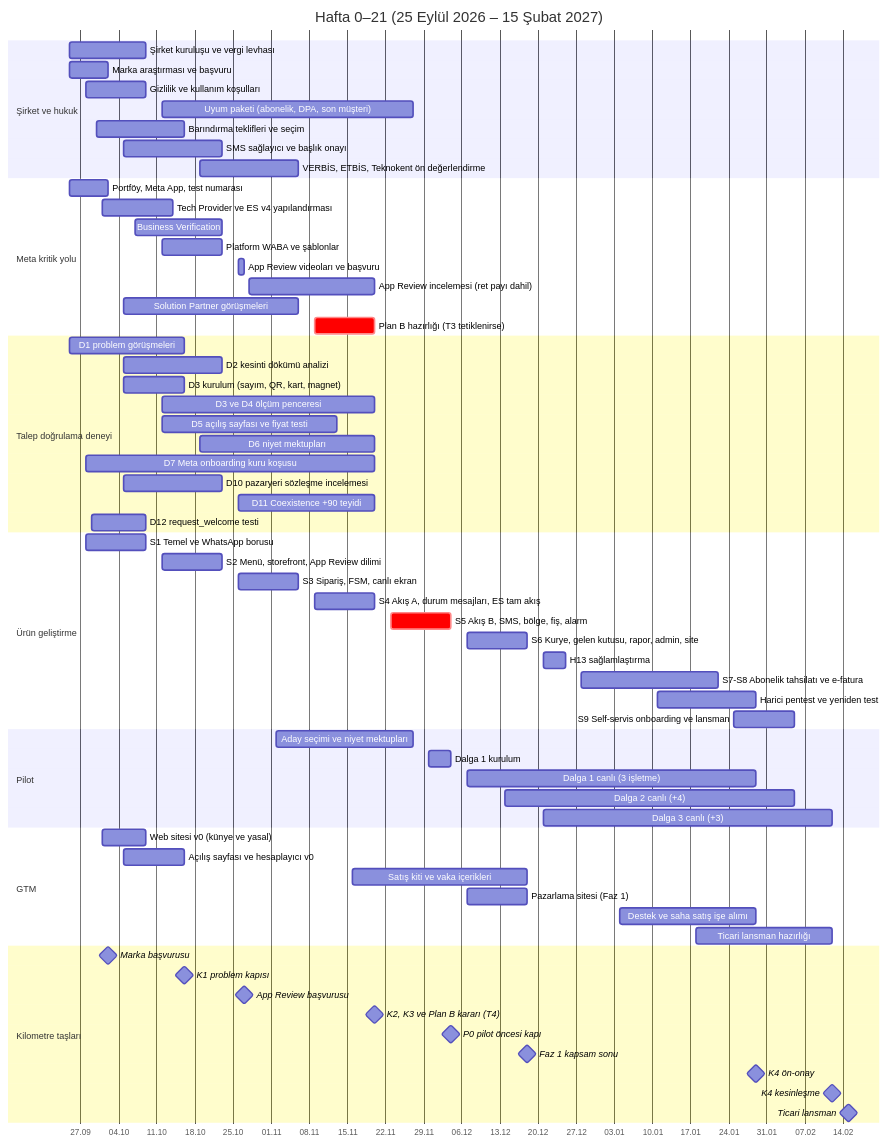
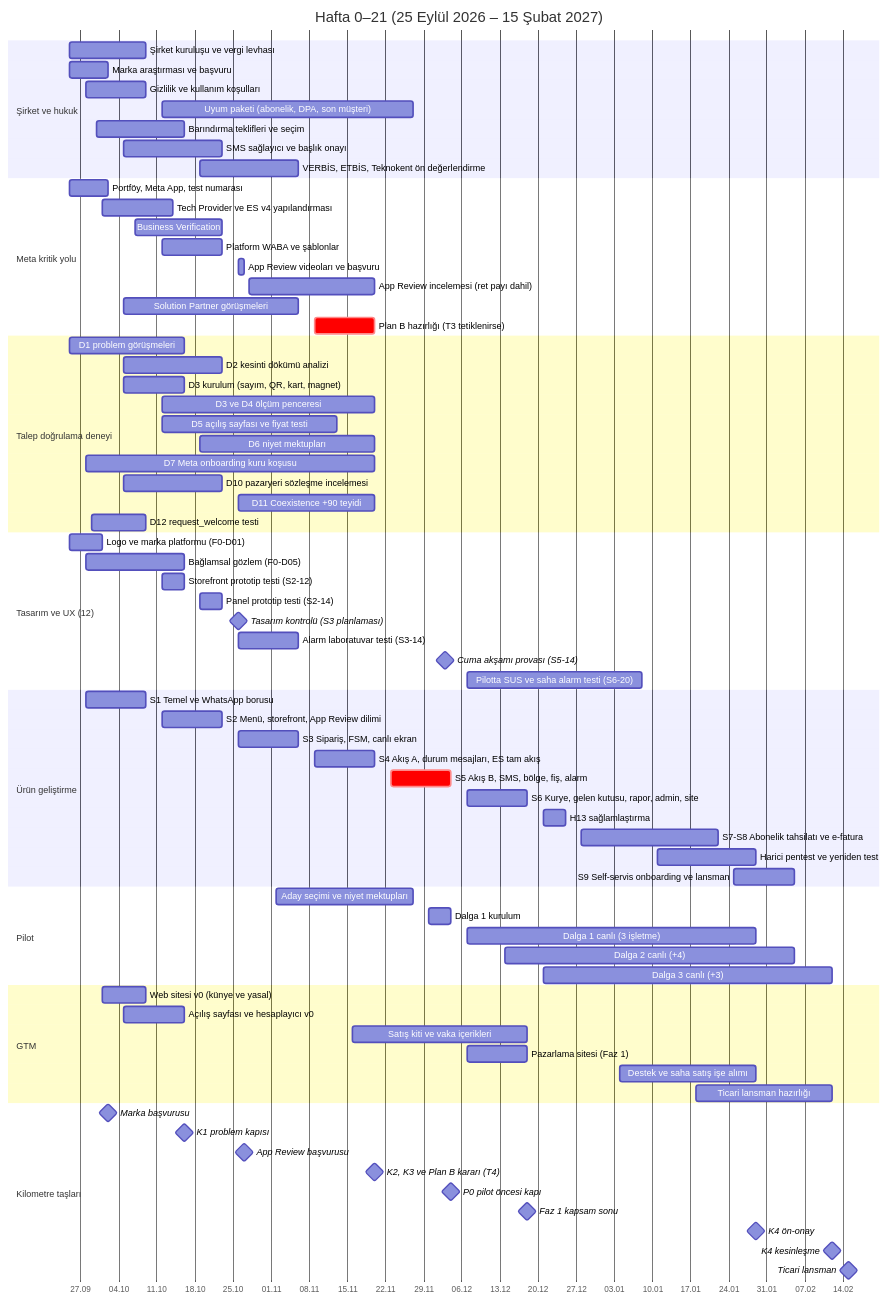
Before and after one commit to eraycaylak/siparisinonunde: the first of 3 diagrams in docs/09-yol-haritasi-ve-sprint-plani.md, drawn with Mermaid. The commit also changed other lines of this file and 9 other files, not shown here.

````diff
--- a/docs/09-yol-haritasi-ve-sprint-plani.md
+++ b/docs/09-yol-haritasi-ve-sprint-plani.md
@@ -62,68 +63,77 @@
 ```mermaid
 gantt
     title Hafta 0–21 (25 Eylül 2026 – 15 Şubat 2027)
     dateFormat YYYY-MM-DD
     axisFormat %d.%m
     section Şirket ve hukuk
     Şirket kuruluşu ve vergi levhası          :hk1, 2026-09-25, 2026-10-09
     Marka araştırması ve başvuru               :hk2, 2026-09-25, 2026-10-02
     Gizlilik ve kullanım koşulları             :hk3, 2026-09-28, 2026-10-09
     Uyum paketi (abonelik, DPA, son müşteri)   :hk5, 2026-10-12, 2026-11-27
     Barındırma teklifleri ve seçim             :hk6, 2026-09-30, 2026-10-16
     SMS sağlayıcı ve başlık onayı              :hk7, 2026-10-05, 2026-10-23
     VERBİS, ETBİS, Teknokent ön değerlendirme  :hk8, 2026-10-19, 2026-11-06
     section Meta kritik yolu
     Portföy, Meta App, test numarası           :m1, 2026-09-25, 2026-10-02
     Tech Provider ve ES v4 yapılandırması      :m2, 2026-10-01, 2026-10-14
     Business Verification                      :m3, 2026-10-07, 2026-10-23
     Platform WABA ve şablonlar                 :m4, 2026-10-12, 2026-10-23
     App Review videoları ve başvuru            :m5, 2026-10-26, 2026-10-27
     App Review incelemesi (ret payı dahil)     :m6, 2026-10-28, 2026-11-20
     Solution Partner görüşmeleri               :m7, 2026-10-05, 2026-11-06
     Plan B hazırlığı (T3 tetiklenirse)         :crit, m8, 2026-11-09, 2026-11-20
     section Talep doğrulama deneyi
     D1 problem görüşmeleri                     :d1, 2026-09-25, 2026-10-16
     D2 kesinti dökümü analizi                  :d2, 2026-10-05, 2026-10-23
     D3 kurulum (sayım, QR, kart, magnet)       :d3a, 2026-10-05, 2026-10-16
     D3 ve D4 ölçüm penceresi                   :d3b, 2026-10-12, 2026-11-20
     D5 açılış sayfası ve fiyat testi           :d5, 2026-10-12, 2026-11-13
     D6 niyet mektupları                        :d6, 2026-10-19, 2026-11-20
     D7 Meta onboarding kuru koşusu             :d7, 2026-09-28, 2026-11-20
     D10 pazaryeri sözleşme incelemesi          :d10, 2026-10-05, 2026-10-23
     D11 Coexistence +90 teyidi                 :d11, 2026-10-26, 2026-11-20
     D12 request_welcome testi                  :d12, 2026-09-29, 2026-10-09
+    section Tasarım ve UX (12)
+    Logo ve marka platformu (F0-D01)           :u1, 2026-09-25, 2026-10-01
+    Bağlamsal gözlem (F0-D05)                  :u2, 2026-09-28, 2026-10-16
+    Storefront prototip testi (S2-12)          :u3, 2026-10-12, 2026-10-16
+    Panel prototip testi (S2-14)               :u4, 2026-10-19, 2026-10-23
+    Tasarım kontrolü (S3 planlaması)           :milestone, u5, 2026-10-26, 0d
+    Alarm laboratuvar testi (S3-14)            :u6, 2026-10-26, 2026-11-06
+    Cuma akşamı provası (S5-14)                :milestone, u7, 2026-12-03, 0d
+    Pilotta SUS ve saha alarm testi (S6-20)    :u8, 2026-12-07, 2027-01-08
     section Ürün geliştirme
     S1 Temel ve WhatsApp borusu                :s1, 2026-09-28, 2026-10-09
     S2 Menü, storefront, App Review dilimi     :s2, 2026-10-12, 2026-10-23
     S3 Sipariş, FSM, canlı ekran               :s3, 2026-10-26, 2026-11-06
     S4 Akış A, durum mesajları, ES tam akış    :s4, 2026-11-09, 2026-11-20
     S5 Akış B, SMS, bölge, fiş, alarm          :crit, s5, 2026-11-23, 2026-12-04
     S6 Kurye, gelen kutusu, rapor, admin, site :s6, 2026-12-07, 2026-12-18
     H13 sağlamlaştırma                         :s6b, 2026-12-21, 2026-12-25
     S7-S8 Abonelik tahsilatı ve e-fatura       :s7, 2026-12-28, 2027-01-22
     Harici pentest ve yeniden test             :s8, 2027-01-11, 2027-01-29
     S9 Self-servis onboarding ve lansman       :s9, 2027-01-25, 2027-02-05
     section Pilot
     Aday seçimi ve niyet mektupları            :p1, 2026-11-02, 2026-11-27
     Dalga 1 kurulum                            :p2, 2026-11-30, 2026-12-04
     Dalga 1 canlı (3 işletme)                  :p3, 2026-12-07, 2027-01-29
     Dalga 2 canlı (+4)                         :p4, 2026-12-14, 2027-02-05
     Dalga 3 canlı (+3)                         :p5, 2026-12-21, 2027-02-12
     section GTM
     Web sitesi v0 (künye ve yasal)             :g1, 2026-10-01, 2026-10-09
     Açılış sayfası ve hesaplayıcı v0           :g2, 2026-10-05, 2026-10-16
     Satış kiti ve vaka içerikleri              :g3, 2026-11-16, 2026-12-18
     Pazarlama sitesi (Faz 1)                   :g4, 2026-12-07, 2026-12-18
     Destek ve saha satış işe alımı             :g5, 2027-01-04, 2027-01-29
     Ticari lansman hazırlığı                   :g6, 2027-01-18, 2027-02-12
     section Kilometre taşları
     Marka başvurusu                            :milestone, k0, 2026-10-02, 0d
     K1 problem kapısı                          :milestone, k1, 2026-10-16, 0d
     App Review başvurusu                       :milestone, k1b, 2026-10-27, 0d
     K2, K3 ve Plan B kararı (T4)               :milestone, k2, 2026-11-20, 0d
     P0 pilot öncesi kapı                       :milestone, k3, 2026-12-04, 0d
     Faz 1 kapsam sonu                          :milestone, k4, 2026-12-18, 0d
     K4 ön-onay                                 :milestone, k5, 2027-01-29, 0d
     K4 kesinleşme                              :milestone, k5b, 2027-02-12, 0d
     Ticari lansman                             :milestone, k6, 2027-02-15, 0d
 ```
````
